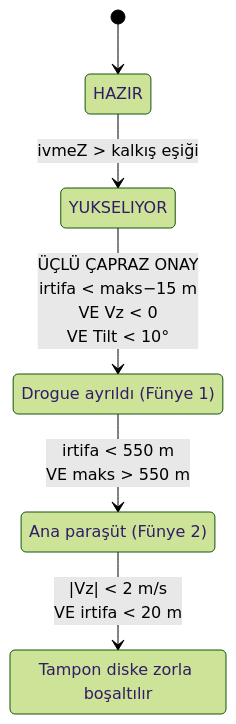
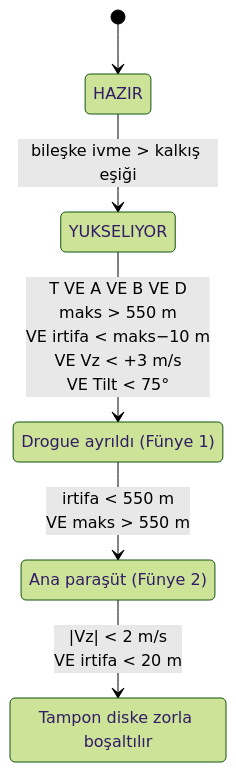
The second of 3 diagrams in README.md (cinarunver/UcusYazilimi2026), drawn with Mermaid (forest theme) before and after one commit. The commit also changed other lines of this file and 166 other files, not shown here.

````diff
--- a/README.md
+++ b/README.md
@@ -217,11 +218,11 @@
 ```mermaid
 stateDiagram-v2
     [*] --> HAZIR
-    HAZIR --> YUKSELIYOR : ivmeZ > kalkış eşiği
-    YUKSELIYOR --> INIS_1 : ÜÇLÜ ÇAPRAZ ONAY<br/>irtifa < maks−15 m<br/>VE Vz < 0<br/>VE Tilt < 10°
+    HAZIR --> YUKSELIYOR : bileşke ivme > kalkış eşiği
+    YUKSELIYOR --> INIS_1 : T VE A VE B VE D<br/>maks > 550 m<br/>VE irtifa < maks−10 m<br/>VE Vz < +3 m/s<br/>VE Tilt < 75°
     INIS_1 --> INIS_2 : irtifa < 550 m<br/>VE maks > 550 m
     INIS_2 --> INDI : \|Vz\| < 2 m/s<br/>VE irtifa < 20 m
     INIS_1 : Drogue ayrıldı (Fünye 1)
     INIS_2 : Ana paraşüt (Fünye 2)
     INDI : Tampon diske zorla boşaltılır
 ```
````
